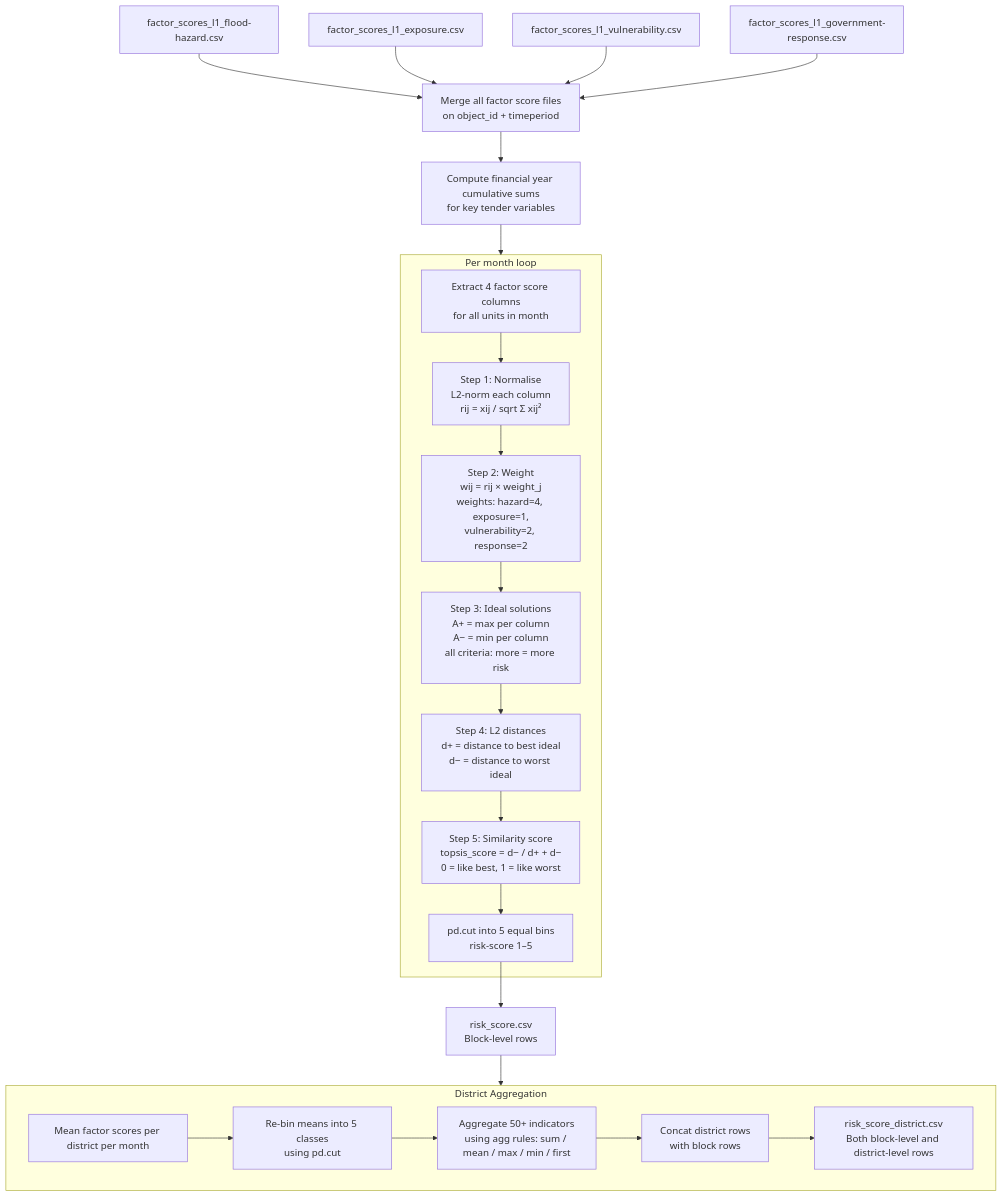
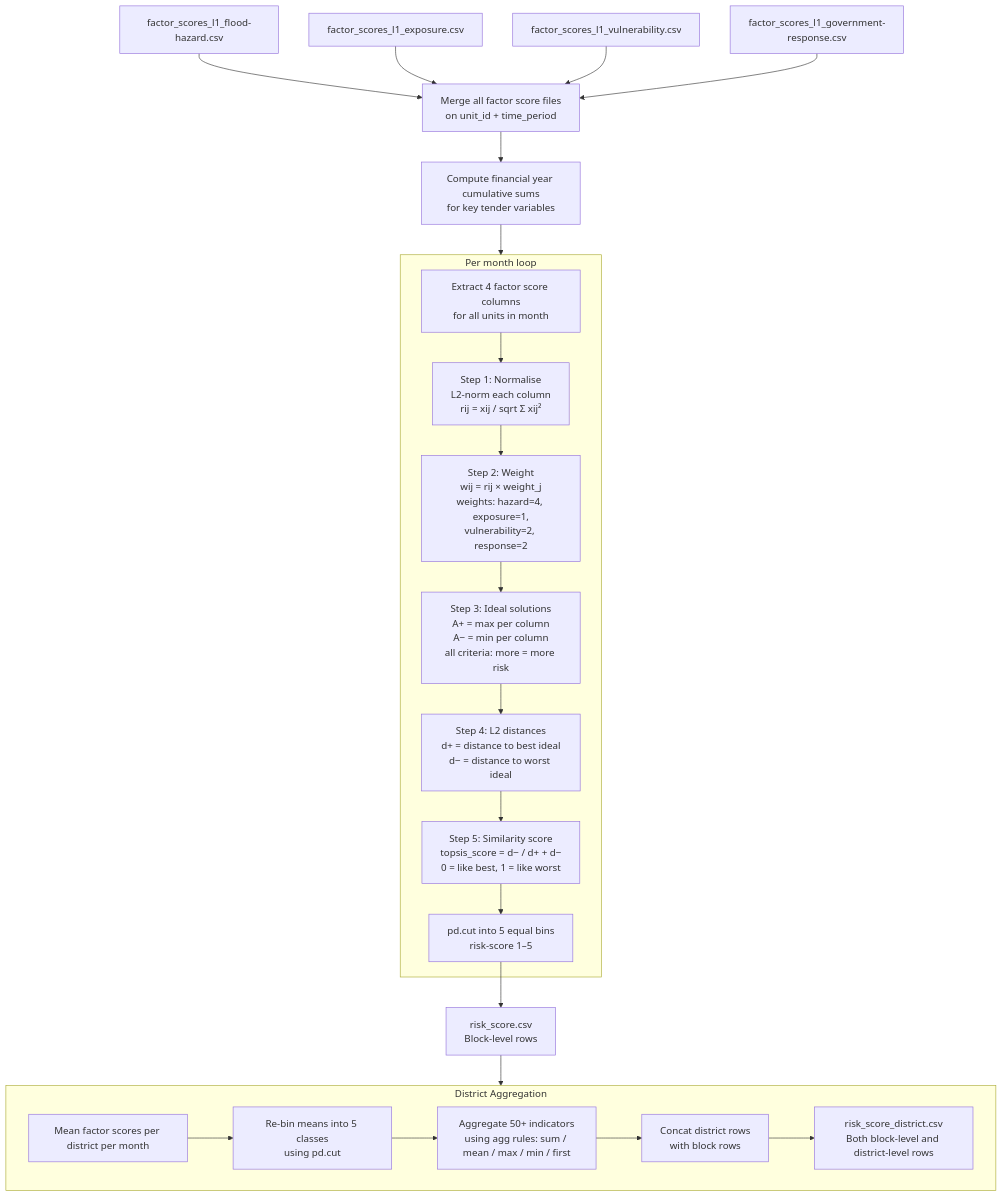
Before and after one commit to CivicDataLab/risk-score-model-generic: the diagram in docs/topsis_risk_score.md, drawn with Mermaid. The commit also changed other lines of this file and 22 other files, not shown here.

First line of the commit message:
refactor: rename timeperiod, district_id and object_id and make them non-configurable

````diff
--- a/docs/topsis_risk_score.md
+++ b/docs/topsis_risk_score.md
@@ -22,40 +22,40 @@
 ```mermaid
 flowchart TD
     A1[factor_scores_l1_flood-hazard.csv] --> M
     A2[factor_scores_l1_exposure.csv] --> M
     A3[factor_scores_l1_vulnerability.csv] --> M
     A4[factor_scores_l1_government-response.csv] --> M
 
-    M[Merge all factor score files\non object_id + timeperiod] --> CS
+    M[Merge all factor score files\non unit_id + time_period] --> CS
 
     CS[Compute financial year cumulative sums\nfor key tender variables] --> LOOP
 
     subgraph LOOP["Per month loop"]
         LOOP1[Extract 4 factor score columns\nfor all units in month] --> T1
 
         T1[Step 1: Normalise\nL2-norm each column\nrij = xij / sqrt Σ xij²] --> T2
 
         T2[Step 2: Weight\nwij = rij × weight_j\nweights: hazard=4, exposure=1,\nvulnerability=2, response=2] --> T3
 
         T3[Step 3: Ideal solutions\nA+ = max per column\nA− = min per column\nall criteria: more = more risk] --> T4
 
         T4[Step 4: L2 distances\nd+ = distance to best ideal\nd− = distance to worst ideal] --> T5
 
         T5[Step 5: Similarity score\ntopsis_score = d− / d+ + d−\n0 = like best, 1 = like worst] --> T6
 
         T6[pd.cut into 5 equal bins\nrisk-score 1–5]
     end
 
     T6 --> RS[risk_score.csv\nBlock-level rows]
 
     RS --> DA
 
     subgraph DA["District Aggregation"]
         DA1[Mean factor scores per district per month] --> DA2
         DA2[Re-bin means into 5 classes\nusing pd.cut] --> DA3
         DA3[Aggregate 50+ indicators\nusing agg rules: sum / mean / max / min / first] --> DA4
         DA4[Concat district rows\nwith block rows] --> FIN
     end
 
     FIN[risk_score_district.csv\nBoth block-level and district-level rows]
 ```
````
